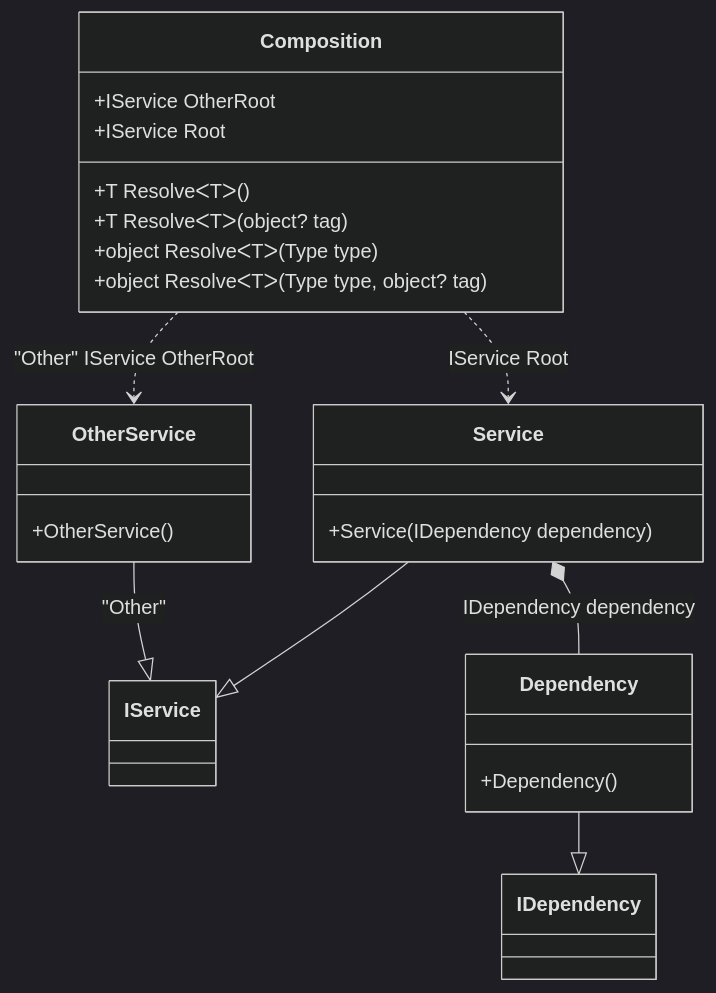
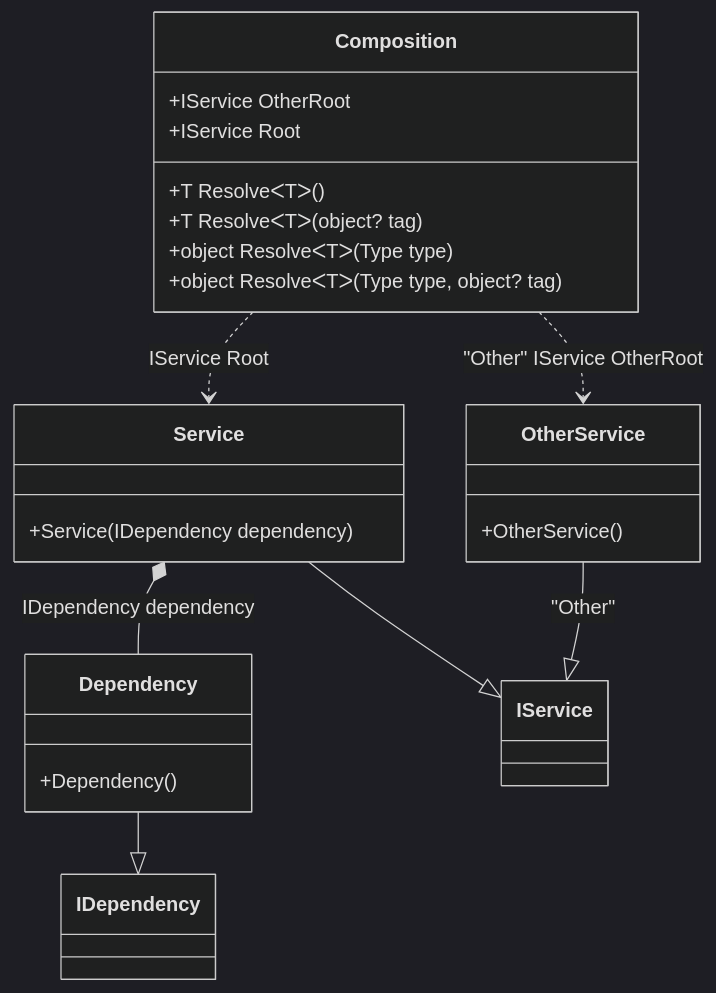
The first of 35 diagrams in readme/Examples.md (DevTeam/Pure.DI), drawn with Mermaid (dark theme) before and after one commit. The commit also changed other lines of this file and 47 other files, not shown here.

````diff
--- a/readme/Examples.md
+++ b/readme/Examples.md
@@ -42,26 +42,26 @@
 ```mermaid
 classDiagram
 class Composition {
 +IService OtherRoot
 +IService Root
 +T ResolveᐸTᐳ()
 +T ResolveᐸTᐳ(object? tag)
 +object ResolveᐸTᐳ(Type type)
 +object ResolveᐸTᐳ(Type type, object? tag)
 }
 Dependency --|> IDependency : 
 class Dependency {
 +Dependency()
 }
 OtherService --|> IService : "Other" 
 class OtherService {
 +OtherService()
 }
 Service --|> IService : 
 class Service {
 +Service(IDependency dependency)
 }
+Composition ..> Service : IService Root
 Composition ..> OtherService : "Other" IService OtherRoot
-Composition ..> Service : IService Root
 Service *--  Dependency : IDependency dependency
 ```
````
